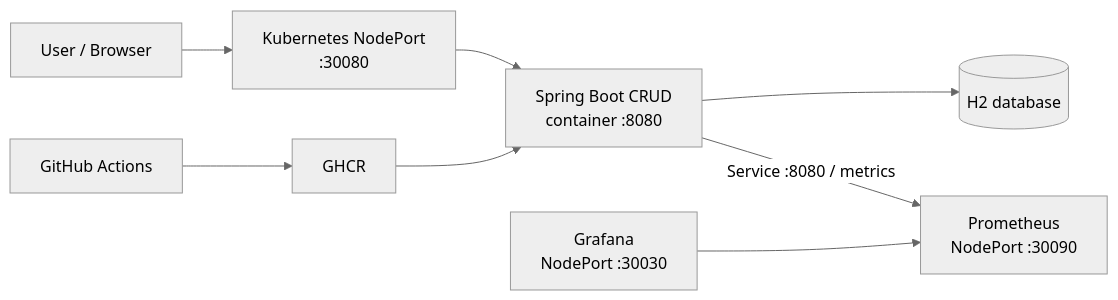
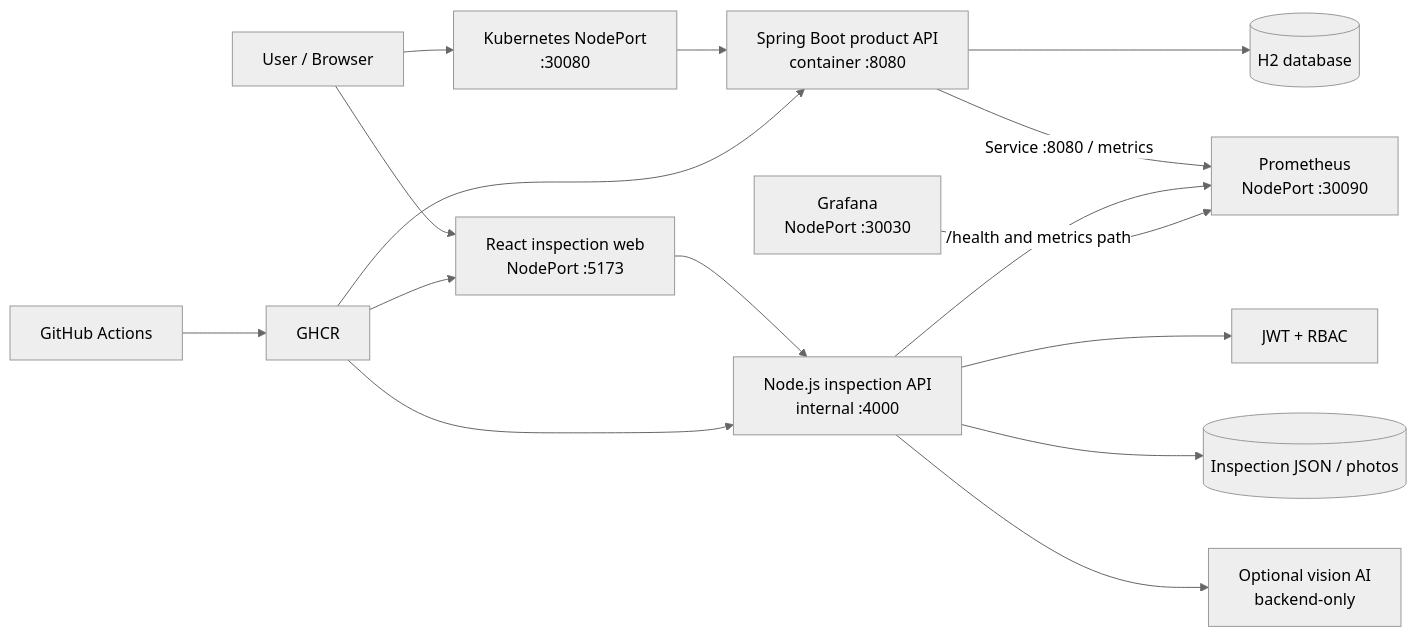
Before and after one commit to ChrisWu365/java-maven-crud-cicd: the diagram in README.md, drawn with Mermaid (neutral theme). The commit also changed other lines of this file and 34 other files, not shown here.

Commit message:
add passive fire AI inspection feature with React+Node.js

````diff
--- a/README.md
+++ b/README.md
@@ -42,10 +43,18 @@
 ```mermaid
 flowchart LR
-    User[User / Browser] --> K8s[Kubernetes NodePort<br/>:30080]
-    K8s --> App[Spring Boot CRUD<br/>container :8080]
+    User[User / Browser] --> Web[React inspection web<br/>NodePort :5173]
+    Web --> API[Node.js inspection API<br/>internal :4000]
+    API --> Auth[JWT + RBAC]
+    API --> InspectionData[(Inspection JSON / photos)]
+    API --> AI[Optional vision AI<br/>backend-only]
+    User --> K8s[Kubernetes NodePort<br/>:30080]
+    K8s --> App[Spring Boot product API<br/>container :8080]
     App --> H2[(H2 database)]
     App -- Service :8080 / metrics --> Prom[Prometheus<br/>NodePort :30090]
+    API -- /health and metrics path --> Prom
     Graf[Grafana<br/>NodePort :30030] --> Prom
     CI[GitHub Actions] --> Registry[GHCR]
     Registry --> App
+    Registry --> Web
+    Registry --> API
 ```
````
